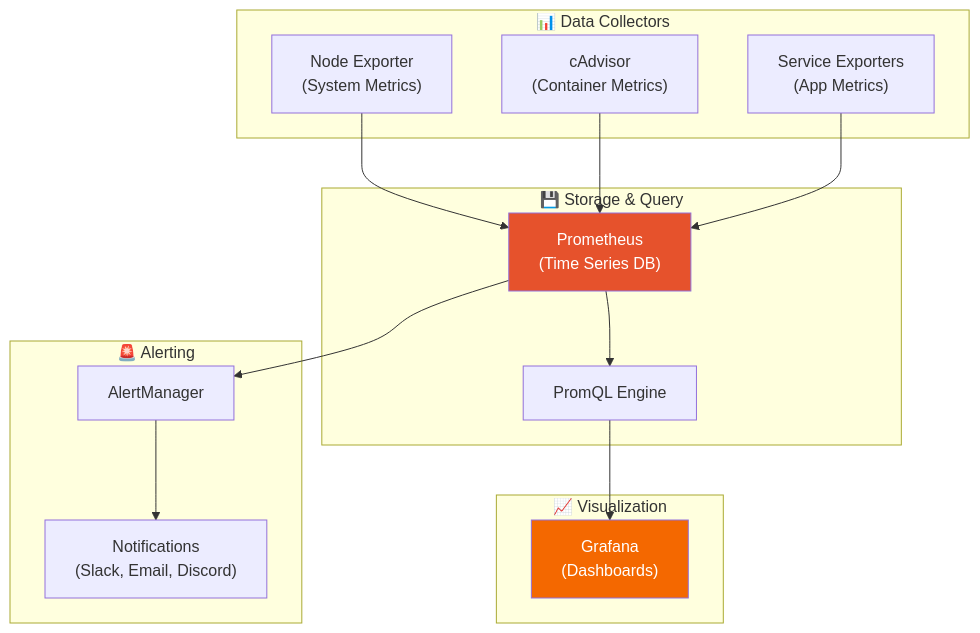
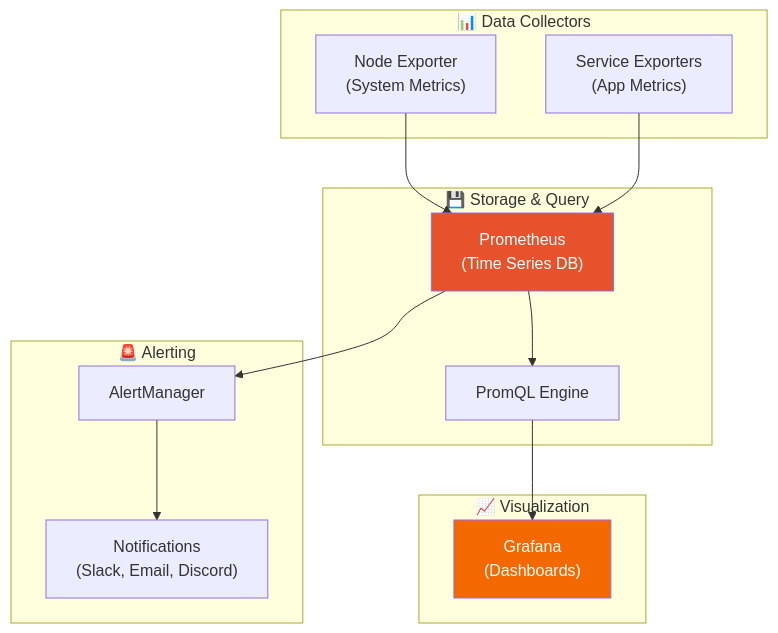
The sixth of 14 diagrams in docs/architecture.md (manumanohar11/homelab), drawn with Mermaid before and after one commit. The commit also changed other lines of this file and 4893 other files, not shown here.

````diff
--- a/docs/architecture.md
+++ b/docs/architecture.md
@@ -273,33 +272,31 @@
 ```mermaid
 flowchart TB
     subgraph COLLECTORS["📊 Data Collectors"]
         NodeExporter["Node Exporter<br/>(System Metrics)"]
-        cAdvisor["cAdvisor<br/>(Container Metrics)"]
         ServiceMetrics["Service Exporters<br/>(App Metrics)"]
     end
 
     subgraph STORAGE_QUERY["💾 Storage & Query"]
         Prometheus["Prometheus<br/>(Time Series DB)"]
         PromQL["PromQL Engine"]
     end
 
     subgraph VISUALIZATION["📈 Visualization"]
         Grafana["Grafana<br/>(Dashboards)"]
     end
 
     subgraph ALERTING["🚨 Alerting"]
         AlertManager["AlertManager"]
         Notifications["Notifications<br/>(Slack, Email, Discord)"]
     end
 
     NodeExporter --> Prometheus
-    cAdvisor --> Prometheus
     ServiceMetrics --> Prometheus
     Prometheus --> PromQL
     PromQL --> Grafana
     Prometheus --> AlertManager
     AlertManager --> Notifications
 
     style Prometheus fill:#e6522c,color:#fff
     style Grafana fill:#f46800,color:#fff
 ```
````
